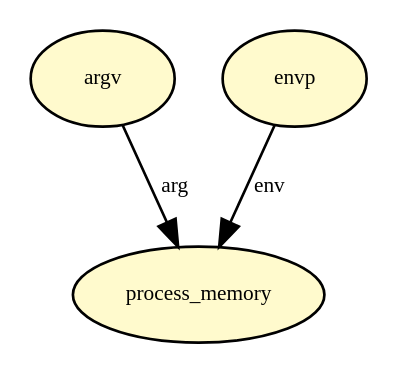
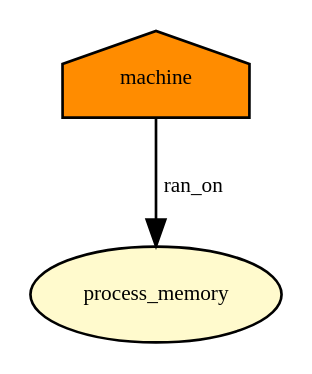
One commit to CamFlow/camflow-dev changed the diagram in docs/dot/bprm_check_security.dot. Above: the diagram before and after it, drawn with Graphviz. The commit also changed 38 other files, not shown here.

```diff
--- a/docs/dot/bprm_check_security.dot
+++ b/docs/dot/bprm_check_security.dot
@@ -1,11 +1,7 @@
-digraph RGL__DirectedAdjacencyGraph {argv[fontsize = 8,label = argv,shape = ellipse, fillcolor="#fffacd", style = filled]
+digraph RGL__DirectedAdjacencyGraph {machine[fontsize = 8,label = machine,shape = house, fillcolor="#ff8c00", style = filled]
 
 process_memory[fontsize = 8,label = process_memory,shape = ellipse, fillcolor="#fffacd", style = filled]
 
-argv -> process_memory[fontsize = 8,label = arg]
-
-envp[fontsize = 8,label = envp,shape = ellipse, fillcolor="#fffacd", style = filled]
-
-envp -> process_memory[fontsize = 8,label = env]
+machine -> process_memory[fontsize = 8,label = ran_on]
 
 }
```
